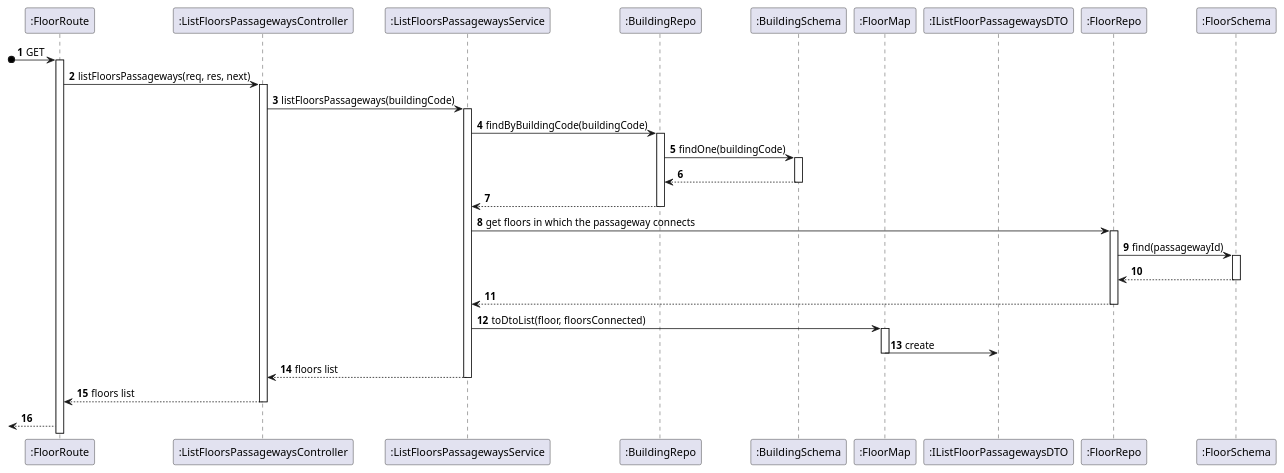
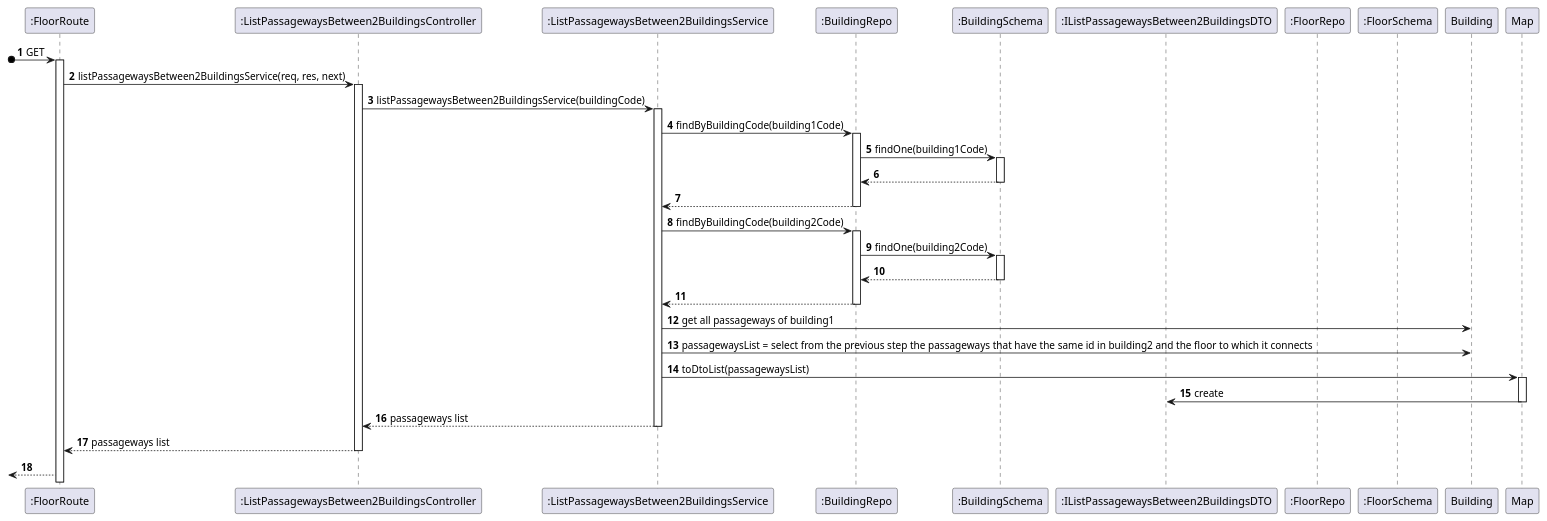
The diagram in docs/US_260/Diagrams/Level3/ProcessView.puml (Pedro-Pereira1/sem5pi_23_24_g056), drawn with PlantUML before and after one commit. The commit also changed 14 other files, not shown here.

Commit message:
Fixed error in all process view level 2 diagrams

```diff
--- a/docs/US_260/Diagrams/Level3/ProcessView.puml
+++ b/docs/US_260/Diagrams/Level3/ProcessView.puml
@@ -1,65 +1,68 @@
 @startuml
 
 autonumber
 
 participant ":FloorRoute" as Route
-participant ":ListFloorsPassagewaysController" as Controller
-participant ":ListFloorsPassagewaysService" as Service
-participant ":BuildingRepo" as Repo
+participant ":ListPassagewaysBetween2BuildingsController" as Controller
+participant ":ListPassagewaysBetween2BuildingsService" as Service
+participant ":BuildingRepo" as BuildingRepo
 participant ":BuildingSchema" as BuildingSchema
-participant ":FloorMap" as Map
-participant ":IListFloorPassagewaysDTO" as DTO
+participant ":IListPassagewaysBetween2BuildingsDTO" as DTO
 
 participant ":FloorRepo" as FloorRepo
 
 participant ":FloorSchema" as Schema
 
 
 ?o->Route: GET
 activate Route
 
-Route -> Controller: listFloorsPassageways(req, res, next)
+Route -> Controller: listPassagewaysBetween2BuildingsService(req, res, next)
 activate Controller
 
-Controller -> Service: listFloorsPassageways(buildingCode)
+Controller -> Service: listPassagewaysBetween2BuildingsService(buildingCode)
 activate Service
 
-Service -> Repo: findByBuildingCode(buildingCode)
-activate Repo
-Repo -> BuildingSchema: findOne(buildingCode)
+Service -> BuildingRepo: findByBuildingCode(building1Code)
+activate BuildingRepo
+BuildingRepo -> BuildingSchema: findOne(building1Code)
 activate BuildingSchema
-Repo <-- BuildingSchema
+BuildingRepo <-- BuildingSchema
 deactivate BuildingSchema
-Service <-- Repo
-deactivate Repo
+Service <-- BuildingRepo
+deactivate BuildingRepo
+
+Service -> BuildingRepo: findByBuildingCode(building2Code)
+activate BuildingRepo
+BuildingRepo -> BuildingSchema: findOne(building2Code)
+activate BuildingSchema
+BuildingRepo <-- BuildingSchema
+deactivate BuildingSchema
+Service <-- BuildingRepo
+deactivate BuildingRepo
 
 
 
 
-Service -> FloorRepo: get floors in which the passageway connects
-activate FloorRepo
-FloorRepo -> Schema: find(passagewayId)
-activate Schema
-FloorRepo <-- Schema
-deactivate Schema
-Service <-- FloorRepo
-deactivate FloorRepo
+Service -> Building: get all passageways of building1
+
+Service -> Building: passagewaysList = select from the previous step the passageways that have the same id in building2 and the floor to which it connects
 
 
 
-Service -> Map:toDtoList(floor, floorsConnected)
+Service -> Map:toDtoList(passagewaysList)
 activate Map
 
 Map -> DTO: create
 deactivate Map
 
-Service --> Controller: floors list
+Service --> Controller: passageways list
 deactivate Service
 
-Controller --> Route: floors list
+Controller --> Route: passageways list
 deactivate Controller
 <--Route:
 
 
 
 @enduml
```
